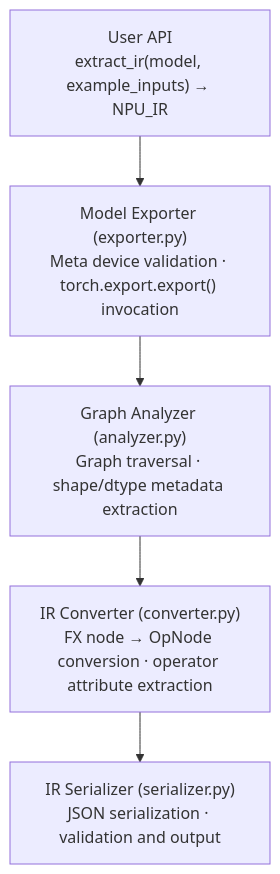
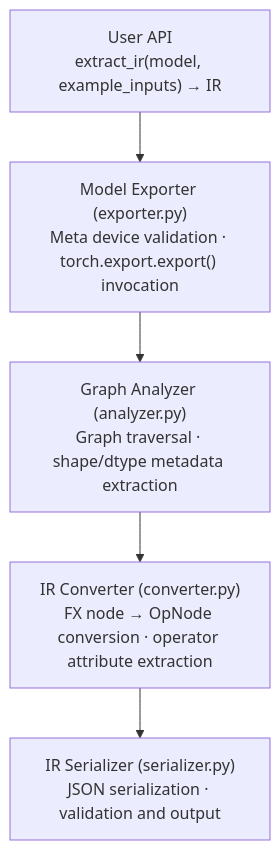
Before and after one commit to sweetcocoa/pytorch-ir: the first of 2 diagrams in docs/concepts.md, drawn with Mermaid. The commit also changed other lines of this file and 60 other files, not shown here.

````diff
--- a/docs/concepts.md
+++ b/docs/concepts.md
@@ -106,9 +106,9 @@
 ```mermaid
 flowchart TD
-    A["User API<br/>extract_ir(model, example_inputs) → NPU_IR"]
+    A["User API<br/>extract_ir(model, example_inputs) → IR"]
     B["Model Exporter (exporter.py)<br/>Meta device validation · torch.export.export() invocation"]
     C["Graph Analyzer (analyzer.py)<br/>Graph traversal · shape/dtype metadata extraction"]
     D["IR Converter (converter.py)<br/>FX node → OpNode conversion · operator attribute extraction"]
     E["IR Serializer (serializer.py)<br/>JSON serialization · validation and output"]
     A --> B --> C --> D --> E
 ```
````
